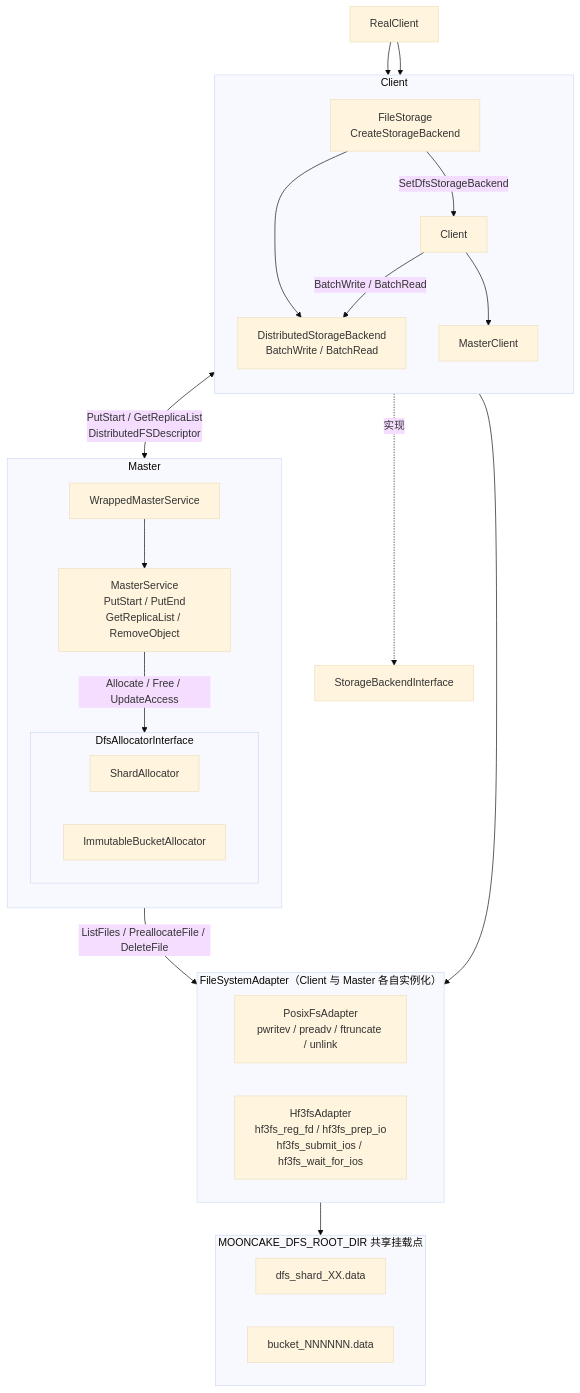
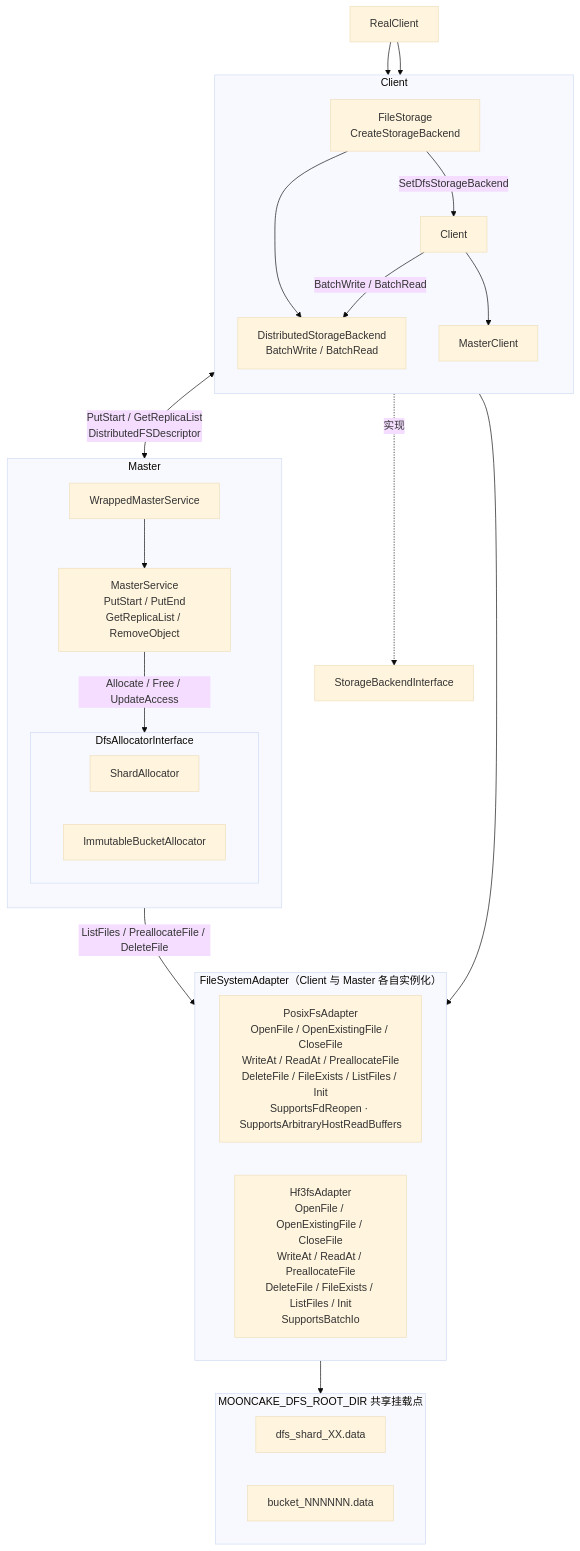
The diagram in dfs-in-system-position.md (zwj20000328-dotcom/Mooncake-documents), drawn with Mermaid (base theme) before and after one commit. The commit also changed 3 other files, not shown here.

````diff
--- a/dfs-in-system-position.md
+++ b/dfs-in-system-position.md
@@ -1,53 +1,53 @@
 ```mermaid
 flowchart TB
     CALLER["RealClient"]
 
     subgraph CLIENT["Client"]
         direction TB
         FST["FileStorage<br/>CreateStorageBackend"]
         CL["Client"]
         MC["MasterClient"]
         DSB["DistributedStorageBackend<br/>BatchWrite / BatchRead"]
         FST --> DSB
         FST -->|SetDfsStorageBackend| CL
         CL -->|BatchWrite / BatchRead| DSB
         CL --> MC
     end
 
     subgraph MASTER["Master"]
         direction TB
         WMS["WrappedMasterService"]
         MS["MasterService<br/>PutStart / PutEnd<br/>GetReplicaList / RemoveObject"]
         subgraph DAI["DfsAllocatorInterface"]
             direction LR
             SA["ShardAllocator"]
             BA["ImmutableBucketAllocator"]
         end
         WMS --> MS
         MS -->|Allocate / Free / UpdateAccess| DAI
     end
 
     SBI["StorageBackendInterface"]
 
     subgraph FSA["FileSystemAdapter（Client 与 Master 各自实例化）"]
         direction LR
-        PFA["PosixFsAdapter<br/>pwritev / preadv / ftruncate / unlink"]
-        HFA["Hf3fsAdapter<br/>hf3fs_reg_fd / hf3fs_prep_io<br/>hf3fs_submit_ios / hf3fs_wait_for_ios"]
+        PFA["PosixFsAdapter<br/>OpenFile / OpenExistingFile / CloseFile<br/>WriteAt / ReadAt / PreallocateFile<br/>DeleteFile / FileExists / ListFiles / Init<br/>SupportsFdReopen · SupportsArbitraryHostReadBuffers"]
+        HFA["Hf3fsAdapter<br/>OpenFile / OpenExistingFile / CloseFile<br/>WriteAt / ReadAt / PreallocateFile<br/>DeleteFile / FileExists / ListFiles / Init<br/>SupportsBatchIo"]
     end
 
     subgraph MOUNT["MOONCAKE_DFS_ROOT_DIR 共享挂载点"]
         direction LR
         SHARD["dfs_shard_XX.data"]
         BUCKET["bucket_NNNNNN.data"]
     end
 
     CALLER --> FST
     CALLER --> CL
 
     MC <-->|PutStart / GetReplicaList<br/>DistributedFSDescriptor| WMS
 
     DSB --> FSA
     DAI -->|ListFiles / PreallocateFile / DeleteFile| FSA
     DSB -.->|实现| SBI
     FSA --> MOUNT
 ```
````
